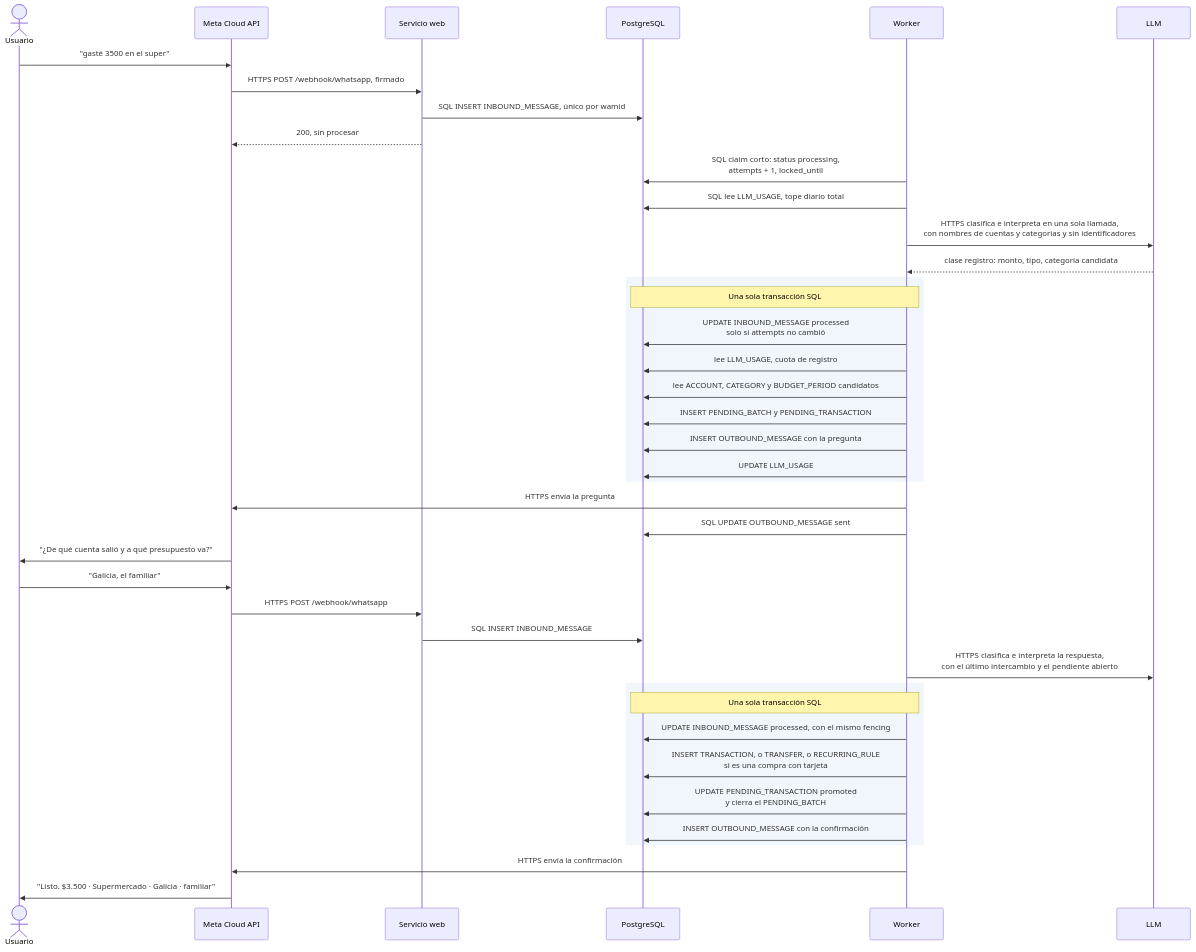
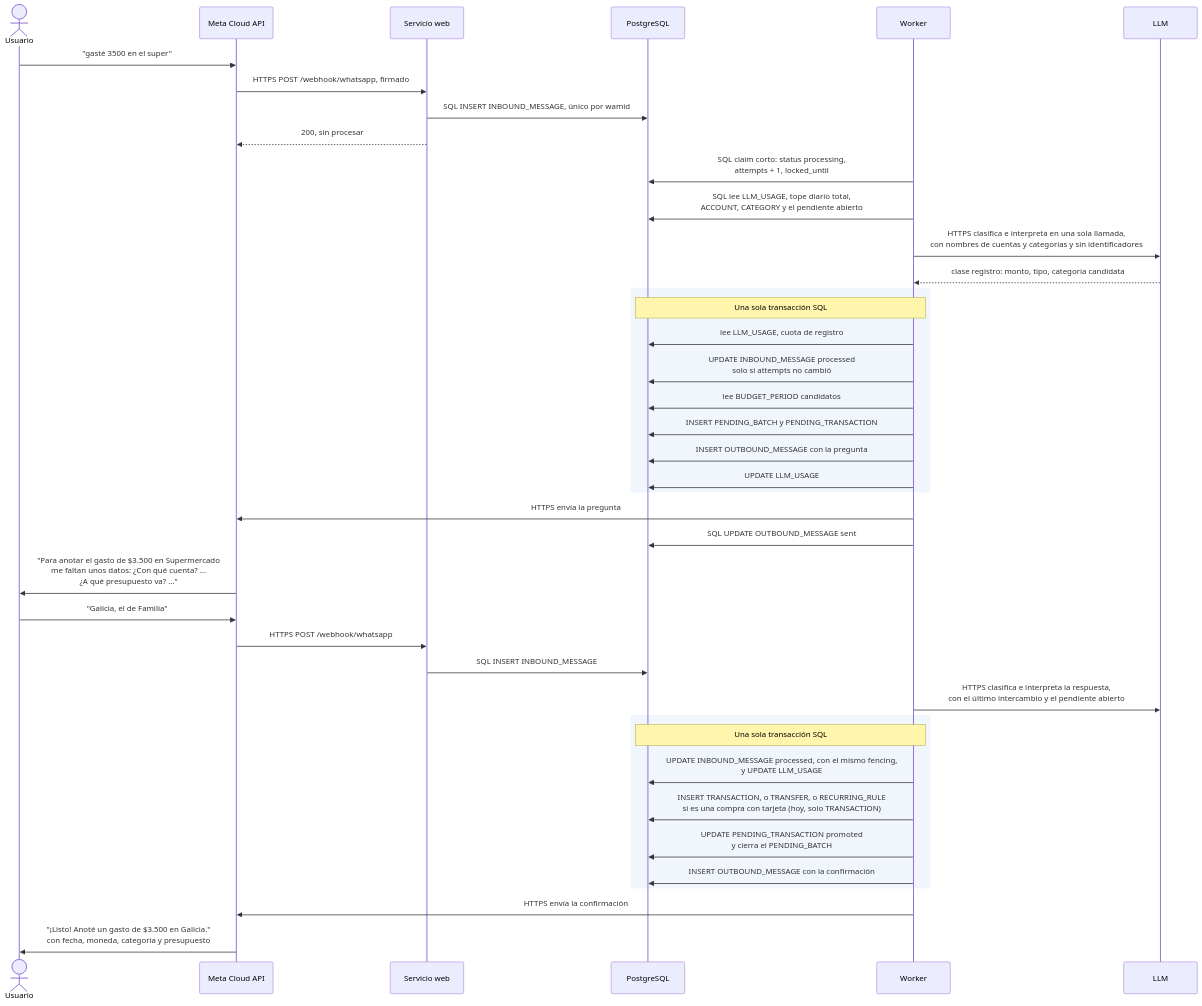
One commit to verozacarias-prog/AI4Devs-finalproject changed the fourth of 12 diagrams in docs/recorrido-completo.md. Above: the diagram before and after it, drawn with Mermaid. The commit also changed other lines of this file and 4 other files, not shown here.

First line of the commit message:
docs(diagramas): alineados con el código, y lo que todavía no existe queda marcado como diseño

````diff
--- a/docs/recorrido-completo.md
+++ b/docs/recorrido-completo.md
@@ -181,43 +201,43 @@
 ```mermaid
 sequenceDiagram
     actor U as Usuario
     participant M as Meta Cloud API
     participant API as Servicio web
     participant DB as PostgreSQL
     participant W as Worker
     participant L as LLM
 
     U->>M: "gasté 3500 en el super"
     M->>API: HTTPS POST /webhook/whatsapp, firmado
     API->>DB: SQL INSERT INBOUND_MESSAGE, único por wamid
     API-->>M: 200, sin procesar
     W->>DB: SQL claim corto: status processing,<br/>attempts + 1, locked_until
-    W->>DB: SQL lee LLM_USAGE, tope diario total
+    W->>DB: SQL lee LLM_USAGE, tope diario total,<br/>ACCOUNT, CATEGORY y el pendiente abierto
     W->>L: HTTPS clasifica e interpreta en una sola llamada,<br/>con nombres de cuentas y categorías y sin identificadores
     L-->>W: clase registro: monto, tipo, categoría candidata
     rect rgb(240, 246, 252)
         Note over W,DB: Una sola transacción SQL
+        W->>DB: lee LLM_USAGE, cuota de registro
         W->>DB: UPDATE INBOUND_MESSAGE processed<br/>solo si attempts no cambió
-        W->>DB: lee LLM_USAGE, cuota de registro
-        W->>DB: lee ACCOUNT, CATEGORY y BUDGET_PERIOD candidatos
+        W->>DB: lee BUDGET_PERIOD candidatos
         W->>DB: INSERT PENDING_BATCH y PENDING_TRANSACTION
         W->>DB: INSERT OUTBOUND_MESSAGE con la pregunta
         W->>DB: UPDATE LLM_USAGE
     end
     W->>M: HTTPS envía la pregunta
     W->>DB: SQL UPDATE OUTBOUND_MESSAGE sent
-    M->>U: "¿De qué cuenta salió y a qué presupuesto va?"
-    U->>M: "Galicia, el familiar"
+    M->>U: "Para anotar el gasto de $3.500 en Supermercado<br/>me faltan unos datos: ¿Con qué cuenta? …<br/>¿A qué presupuesto va? …"
+    U->>M: "Galicia, el de Familia"
     M->>API: HTTPS POST /webhook/whatsapp
     API->>DB: SQL INSERT INBOUND_MESSAGE
     W->>L: HTTPS clasifica e interpreta la respuesta,<br/>con el último intercambio y el pendiente abierto
     rect rgb(240, 246, 252)
         Note over W,DB: Una sola transacción SQL
-        W->>DB: UPDATE INBOUND_MESSAGE processed, con el mismo fencing
-        W->>DB: INSERT TRANSACTION, o TRANSFER, o RECURRING_RULE<br/>si es una compra con tarjeta
+        W->>DB: UPDATE INBOUND_MESSAGE processed, con el mismo fencing,<br/>y UPDATE LLM_USAGE
+        W->>DB: INSERT TRANSACTION, o TRANSFER, o RECURRING_RULE<br/>si es una compra con tarjeta (hoy, solo TRANSACTION)
         W->>DB: UPDATE PENDING_TRANSACTION promoted<br/>y cierra el PENDING_BATCH
         W->>DB: INSERT OUTBOUND_MESSAGE con la confirmación
     end
     W->>M: HTTPS envía la confirmación
-    M->>U: "Listo. $3.500 · Supermercado · Galicia · familiar"
+    M->>U: "¡Listo! Anoté un gasto de $3.500 en Galicia."<br/>con fecha, moneda, categoría y presupuesto
 ```
````
